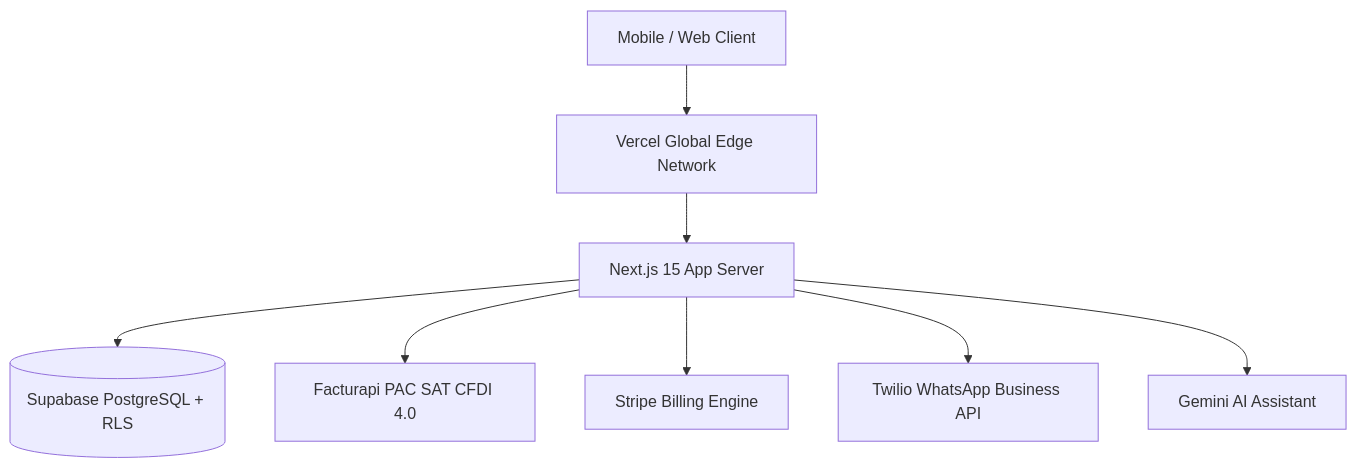
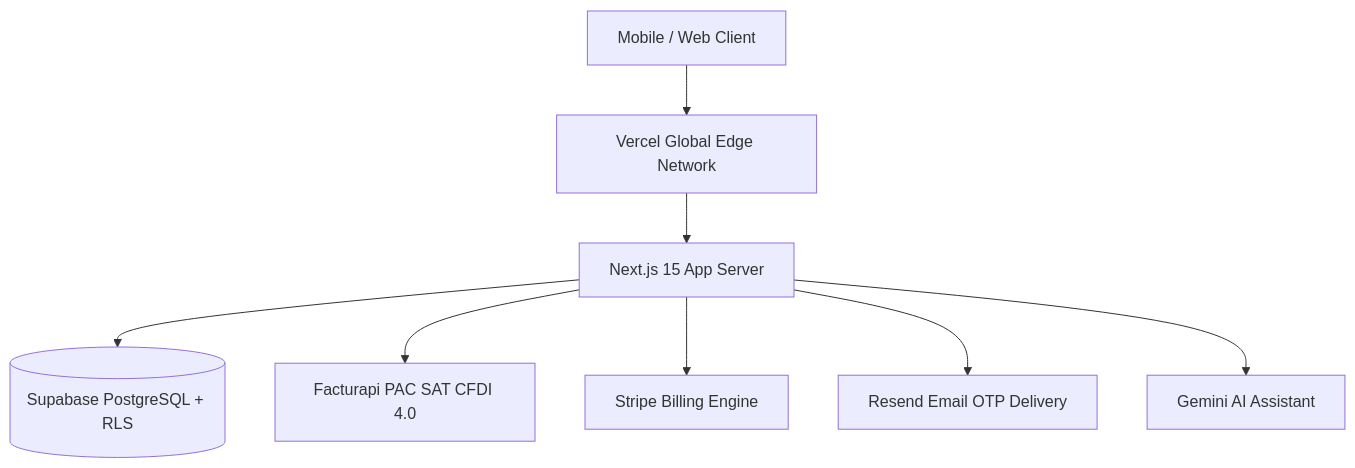
The diagram in docs/deployment.md (jesushzv/business-helper), drawn with Mermaid before and after one commit. The commit also changed other lines of this file and 16 other files, not shown here.

First line of the commit message:
refactor(otp): remove the deprecated Twilio/Meta sms and whatsapp channels

````diff
--- a/docs/deployment.md
+++ b/docs/deployment.md
@@ -14,10 +14,10 @@
 ```mermaid
 graph TD
     Client[Mobile / Web Client] --> Vercel[Vercel Global Edge Network]
     Vercel --> NextApp[Next.js 15 App Server]
     NextApp --> Supabase[(Supabase PostgreSQL + RLS)]
     NextApp --> Facturapi[Facturapi PAC SAT CFDI 4.0]
     NextApp --> Stripe[Stripe Billing Engine]
-    NextApp --> Twilio[Twilio WhatsApp Business API]
+    NextApp --> Resend[Resend Email OTP Delivery]
     NextApp --> Gemini[Gemini AI Assistant]
 ```
````
